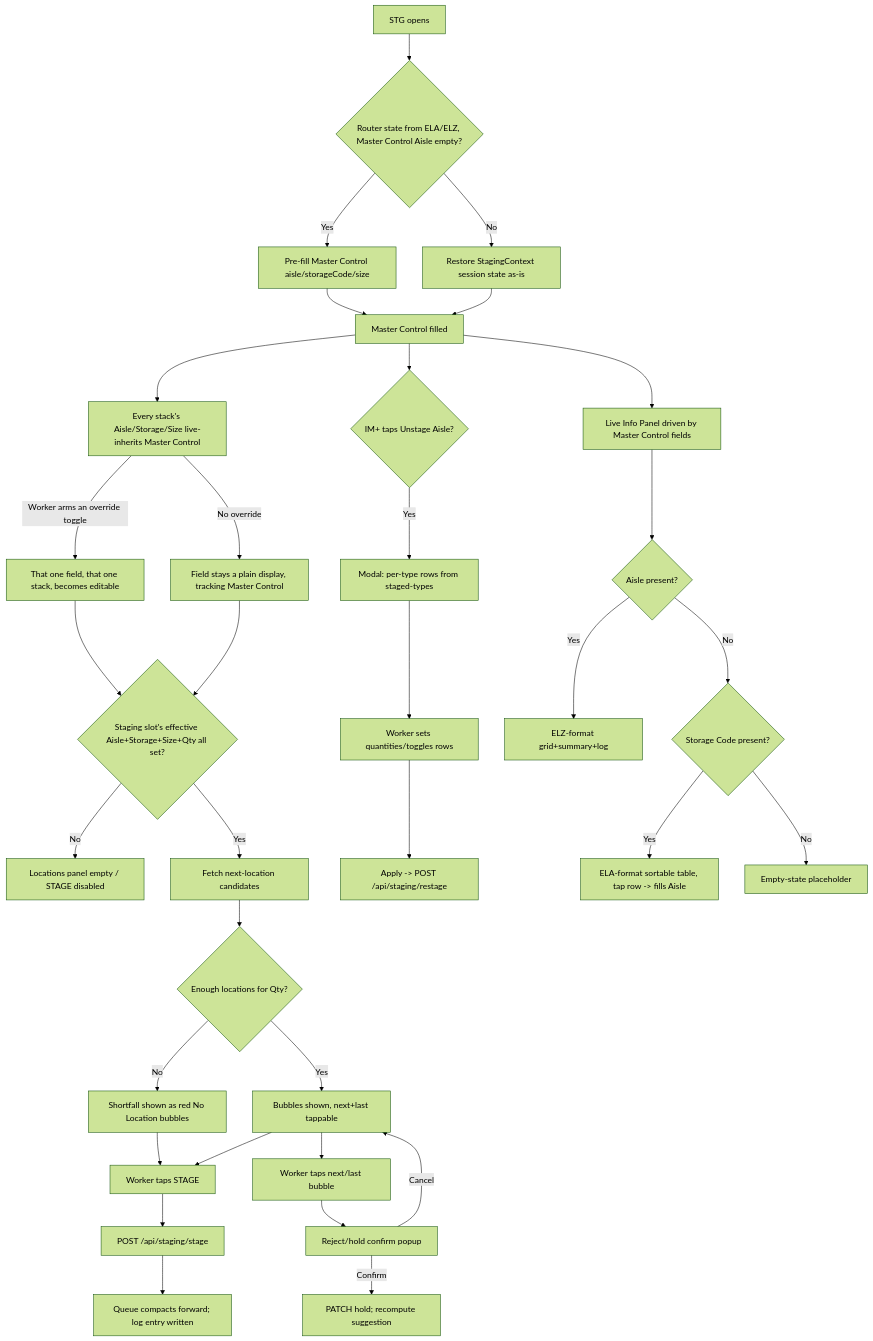
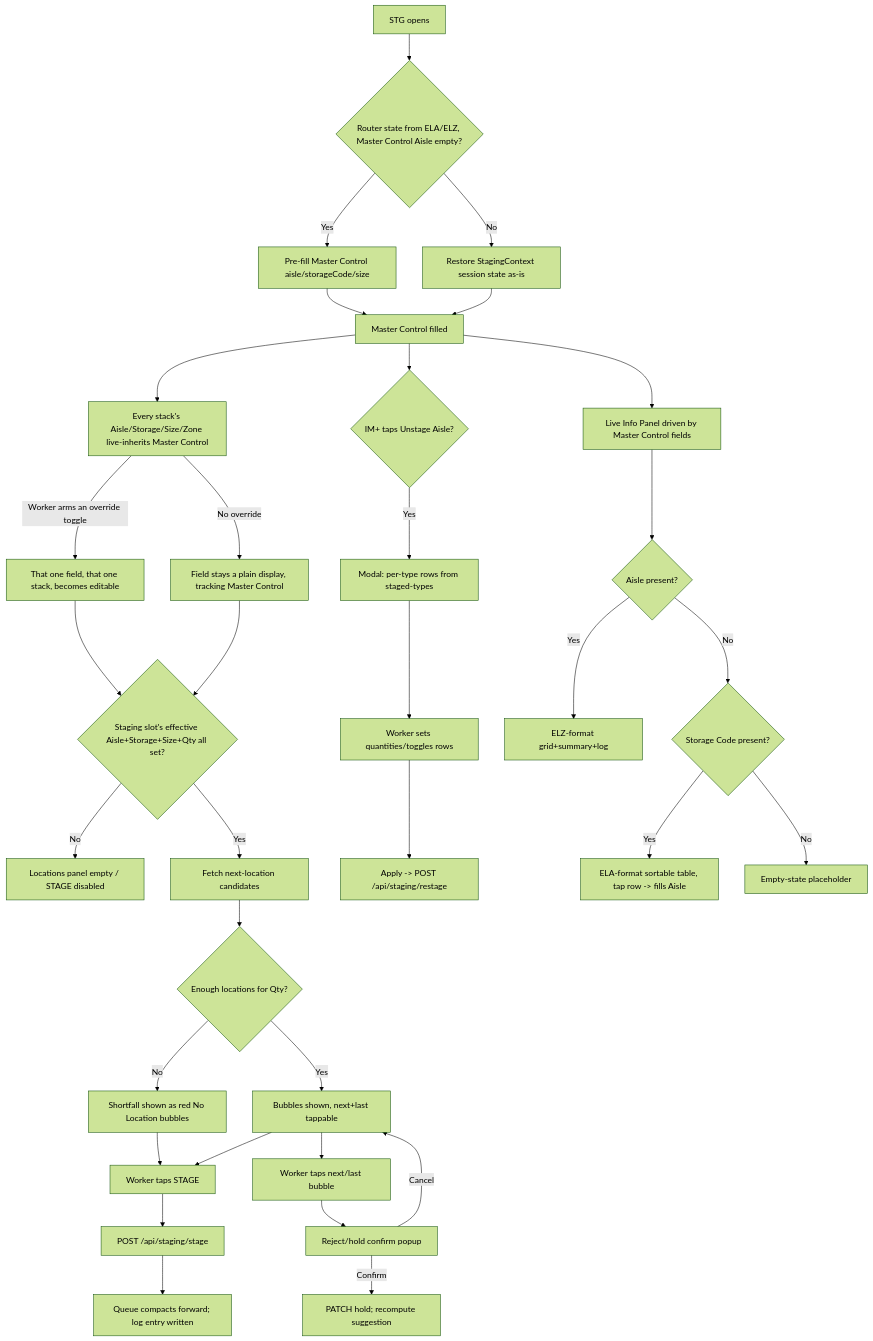
The diagram in Documentation/ScreenSpecs/STG.md (BobbyJoeCool/PalletIQ), drawn with Mermaid (forest theme) before and after one commit. The commit also changed other lines of this file and 24 other files, not shown here.

First line of the commit message:
Ship v1.8.4: Main Menu Reorg, ELA Size filter fix, STG Zone control + e2e cleanup

````diff
--- a/Documentation/ScreenSpecs/STG.md
+++ b/Documentation/ScreenSpecs/STG.md
@@ -299,36 +328,36 @@
 ```mermaid
 flowchart TD
     A[STG opens] --> B{Router state from ELA/ELZ, Master Control Aisle empty?}
     B -- Yes --> C[Pre-fill Master Control aisle/storageCode/size]
     B -- No --> D[Restore StagingContext session state as-is]
     C --> E[Master Control filled]
     D --> E
-    E --> F[Every stack's Aisle/Storage/Size live-inherits Master Control]
+    E --> F[Every stack's Aisle/Storage/Size/Zone live-inherits Master Control]
     F -- Worker arms an override toggle --> G[That one field, that one stack, becomes editable]
     F -- No override --> H[Field stays a plain display, tracking Master Control]
     G --> I{Staging slot's effective Aisle+Storage+Size+Qty all set?}
     H --> I
     I -- No --> J[Locations panel empty / STAGE disabled]
     I -- Yes --> K[Fetch next-location candidates]
     K --> L{Enough locations for Qty?}
     L -- No --> M[Shortfall shown as red No Location bubbles]
     L -- Yes --> N[Bubbles shown, next+last tappable]
     M --> O[Worker taps STAGE]
     N --> O
     O --> P[POST /api/staging/stage]
     P --> Q[Queue compacts forward; log entry written]
     N --> R[Worker taps next/last bubble]
     R --> S[Reject/hold confirm popup]
     S -- Confirm --> T[PATCH hold; recompute suggestion]
     S -- Cancel --> N
     E --> U{IM+ taps Unstage Aisle?}
     U -- Yes --> V[Modal: per-type rows from staged-types]
     V --> W[Worker sets quantities/toggles rows]
     W --> X[Apply -> POST /api/staging/restage]
     E --> Y[Live Info Panel driven by Master Control fields]
     Y --> Z{Aisle present?}
     Z -- Yes --> AA[ELZ-format grid+summary+log]
     Z -- No --> AB{Storage Code present?}
     AB -- Yes --> AC[ELA-format sortable table, tap row -> fills Aisle]
     AB -- No --> AD[Empty-state placeholder]
 ```
````
